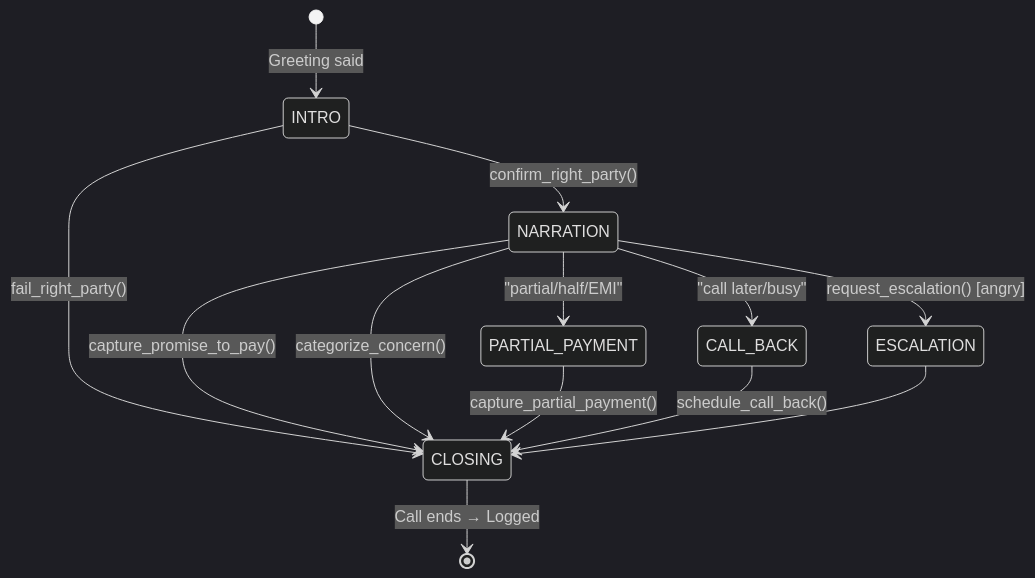
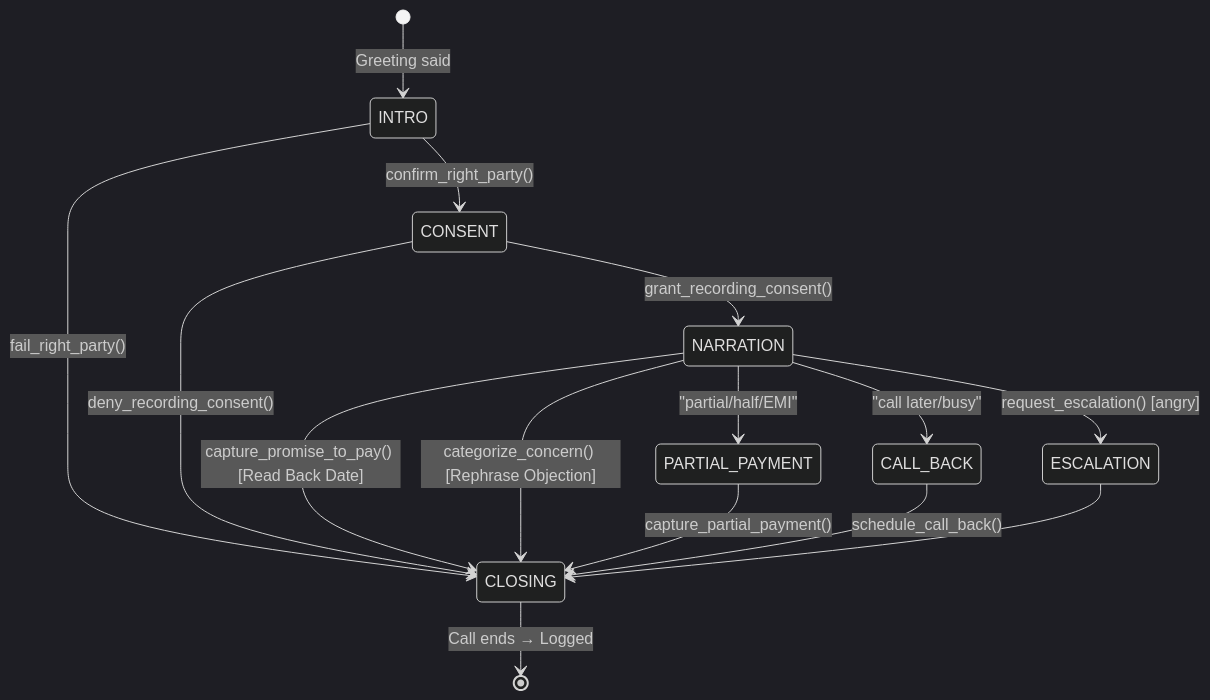
Before and after one commit to tanishra/policybot: the second of 2 diagrams in README.md, drawn with Mermaid (dark theme). The commit also changed other lines of this file and 4 other files, not shown here.

````diff
--- a/README.md
+++ b/README.md
@@ -120,15 +127,18 @@
 ```mermaid
 stateDiagram-v2
     [*] --> INTRO: Greeting said
-    INTRO --> NARRATION: confirm_right_party()
+    INTRO --> CONSENT: confirm_right_party()
     INTRO --> CLOSING: fail_right_party()
-    NARRATION --> CLOSING: capture_promise_to_pay()
-    NARRATION --> CLOSING: categorize_concern()
+    CONSENT --> NARRATION: grant_recording_consent()
+    CONSENT --> CLOSING: deny_recording_consent()
+    NARRATION --> CLOSING: capture_promise_to_pay() [Read Back Date]
+    NARRATION --> CLOSING: categorize_concern() [Rephrase Objection]
     NARRATION --> PARTIAL_PAYMENT: "partial/half/EMI"
     NARRATION --> CALL_BACK: "call later/busy"
     NARRATION --> ESCALATION: request_escalation() [angry]
     PARTIAL_PAYMENT --> CLOSING: capture_partial_payment()
     CALL_BACK --> CLOSING: schedule_call_back()
     ESCALATION --> CLOSING
     CLOSING --> [*]: Call ends → Logged
+
 ```
````
